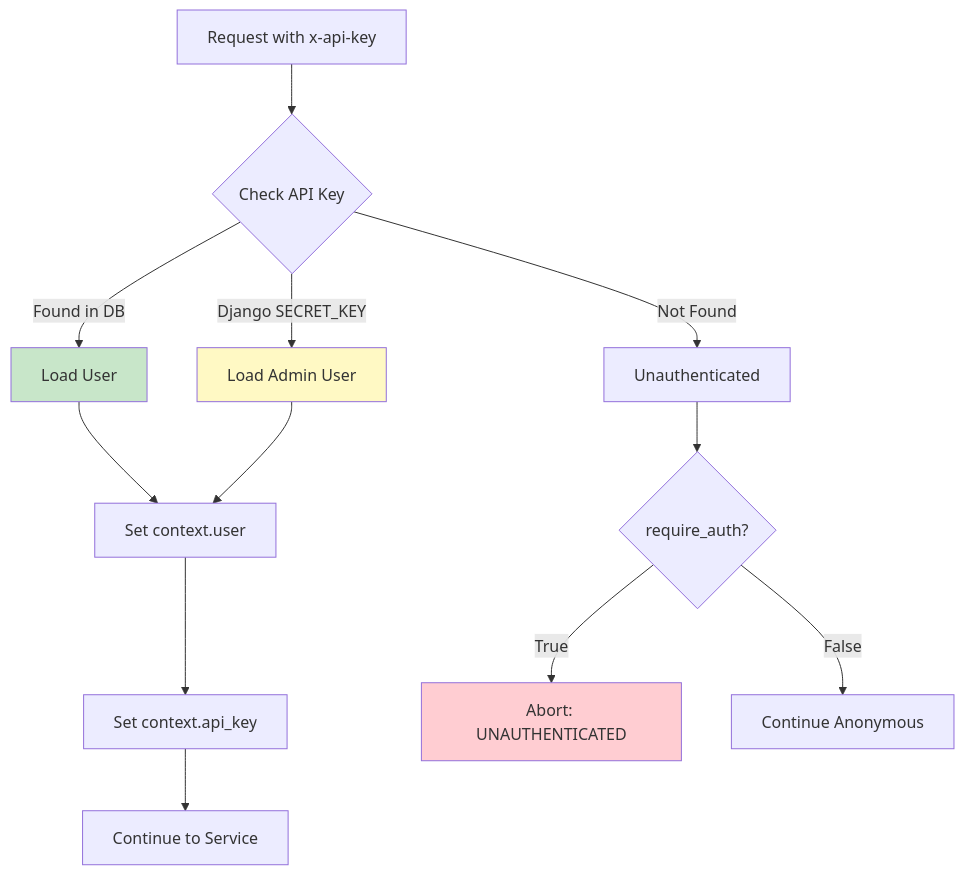
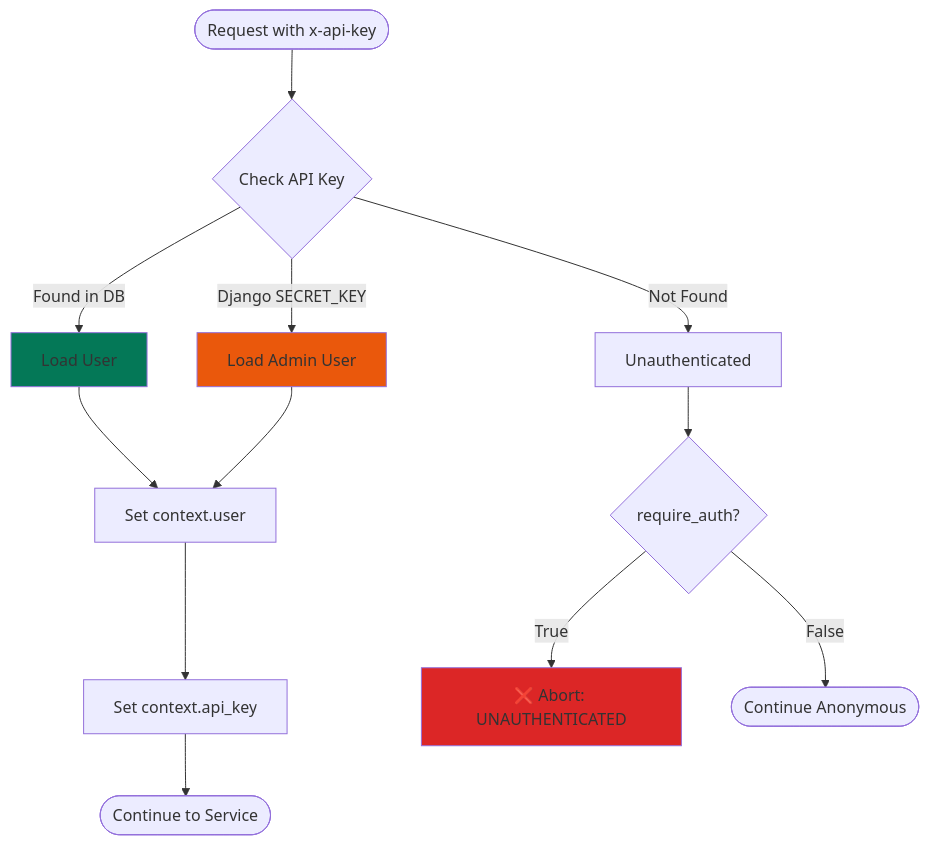
One commit to markolofsen/django-cfg changed the third of 7 diagrams in docs/features/integrations/grpc/index.md. Above: the diagram before and after it, drawn with Mermaid. The commit also changed other lines of this file and 10 other files, not shown here.

````diff
--- a/docs/features/integrations/grpc/index.md
+++ b/docs/features/integrations/grpc/index.md
@@ -342,20 +342,20 @@
 ```mermaid
 graph TB
-    A[Request with x-api-key] --> B{Check API Key}
+    A([Request with x-api-key]) --> B{Check API Key}
     B -->|Found in DB| C[Load User]
     B -->|Django SECRET_KEY| D[Load Admin User]
     B -->|Not Found| E[Unauthenticated]
 
     C --> F[Set context.user]
     D --> F
     F --> G[Set context.api_key]
-    G --> H[Continue to Service]
+    G --> H([Continue to Service])
 
     E --> I{require_auth?}
-    I -->|True| J[Abort: UNAUTHENTICATED]
-    I -->|False| K[Continue Anonymous]
+    I -->|True| J[❌ Abort: UNAUTHENTICATED]
+    I -->|False| K([Continue Anonymous])
 
-    style C fill:#c8e6c9
-    style D fill:#fff9c4
-    style J fill:#ffcdd2
+    style C fill:#047857
+    style D fill:#ea580c
+    style J fill:#dc2626
 ```
````
